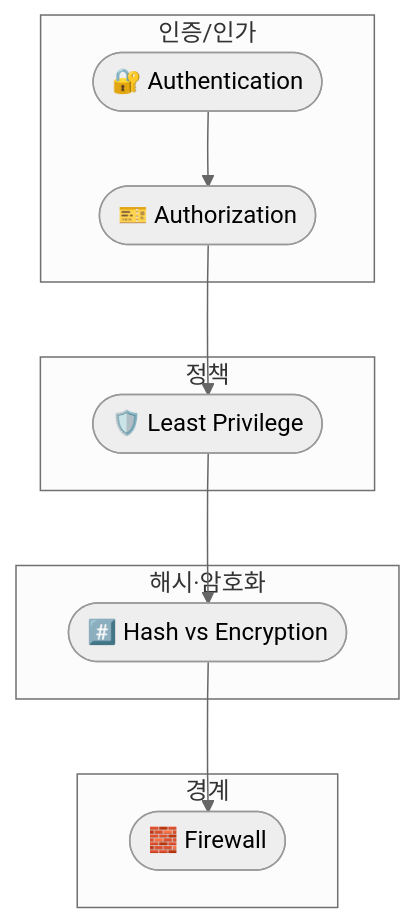
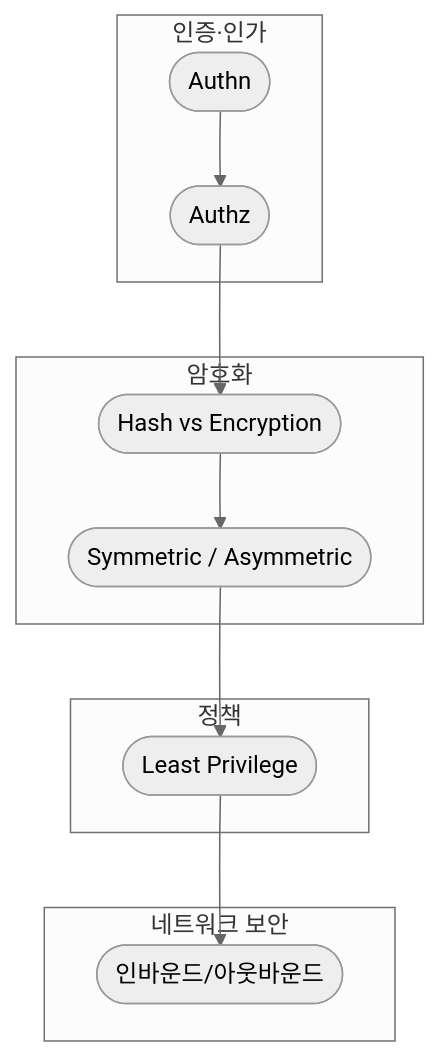
Before and after one commit to gwonmin/QuizNox_front: the fourth of 5 diagrams in public/handbook/core-cs/real-system-diagrams.md, drawn with Mermaid (neutral theme). The commit also changed other lines of this file and 125 other files, not shown here.

````diff
--- a/public/handbook/core-cs/real-system-diagrams.md
+++ b/public/handbook/core-cs/real-system-diagrams.md
@@ -107,20 +102,22 @@
 ```mermaid
 flowchart TB
-  subgraph auth [인증/인가]
-    A1([🔐 Authentication])
-    A2([🎫 Authorization])
+  subgraph auth [인증·인가]
+    A1([Authn])
+    A2([Authz])
+  end
+  subgraph crypto [암호화]
+    H([Hash vs Encryption])
+    SY([Symmetric / Asymmetric])
   end
   subgraph policy [정책]
-    LP([🛡️ Least Privilege])
+    LP([Least Privilege])
   end
-  subgraph data [해시·암호화]
-    H([#️⃣ Hash vs Encryption])
-  end
-  subgraph boundary [경계]
-    FW([🧱 Firewall])
+  subgraph net [네트워크 보안]
+    FW([인바운드/아웃바운드])
   end
   A1 --> A2
-  A2 --> LP
-  LP --> H
-  H --> FW
+  A2 --> H
+  H --> SY
+  SY --> LP
+  LP --> FW
 ```
````
